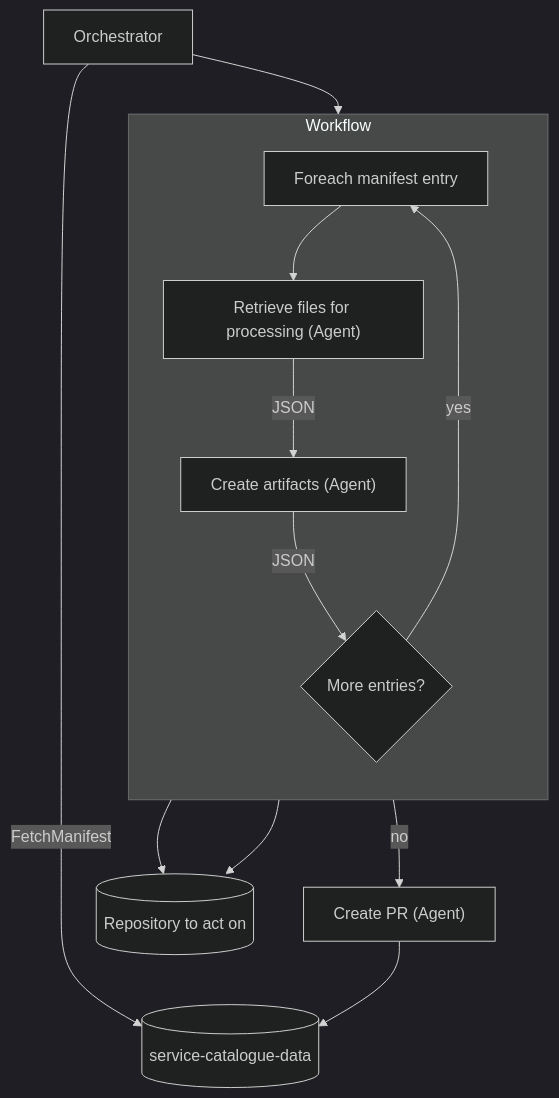
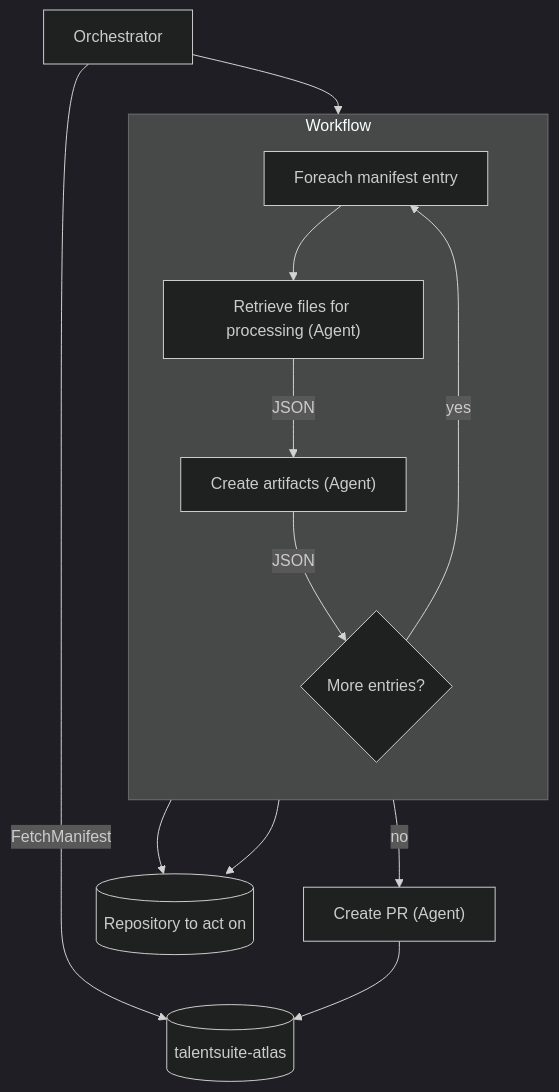
The first of 2 diagrams in README.md (talentconsulting/talentconsulting-azure-foundry), drawn with Mermaid (dark theme) before and after one commit. The commit also changed other lines of this file and 7 other files, not shown here.

Commit message:
Update docs for the talentsuite-atlas rename

````diff
--- a/README.md
+++ b/README.md
@@ -9,23 +9,23 @@
 ```mermaid
 flowchart TD
-    orchestrator[Orchestrator] -->|FetchManifest| manifestRepo[(service-catalogue-data)]
+    orchestrator[Orchestrator] -->|FetchManifest| manifestRepo[(talentsuite-atlas)]
     orchestrator --> loop
 
     subgraph workflow[Workflow]
         direction TB
         loop[Foreach manifest entry]
         retrieve["Retrieve files for processing (Agent)"]
         create["Create artifacts (Agent)"]
         more{More entries?}
 
         loop --> retrieve
         retrieve -->|JSON| create
         create -->|JSON| more
         more -->|yes| loop
     end
 
     retrieve --> targetRepo[(Repository to act on)]
     create --> targetRepo
     more -->|no| createPR["Create PR (Agent)"]
     createPR --> manifestRepo
 ```
````
